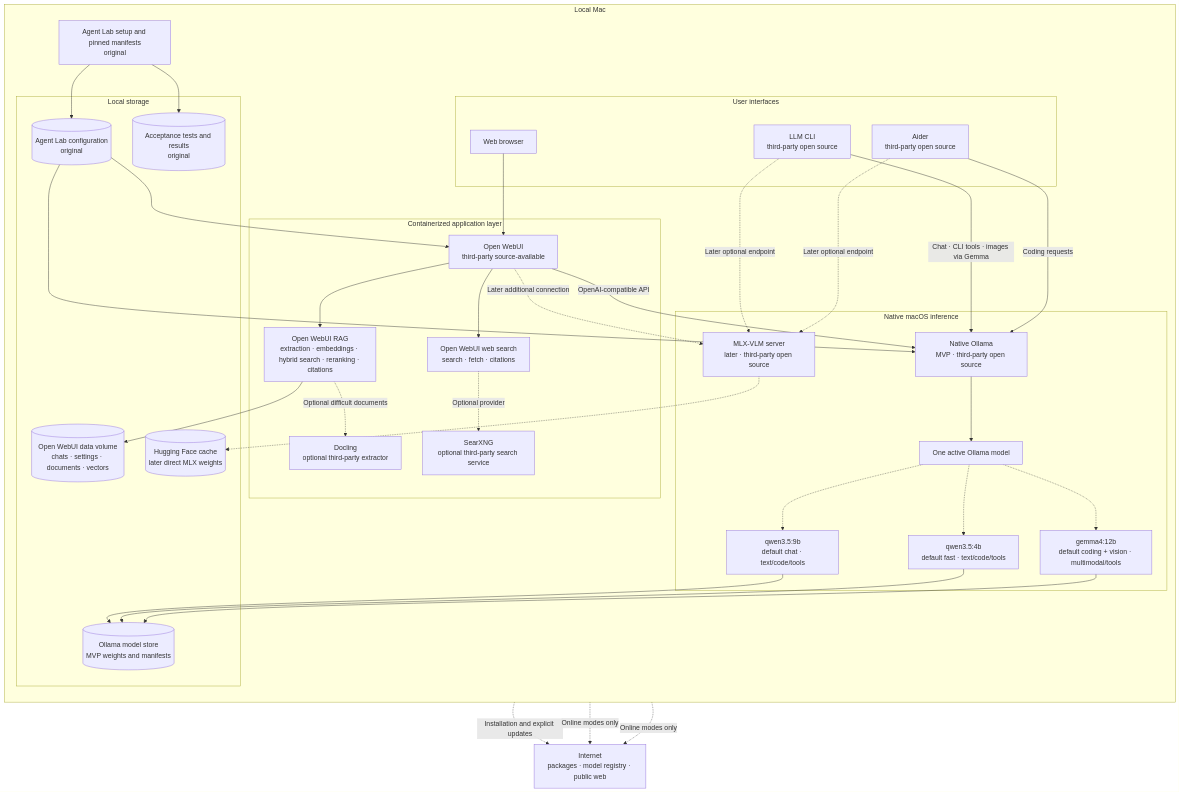
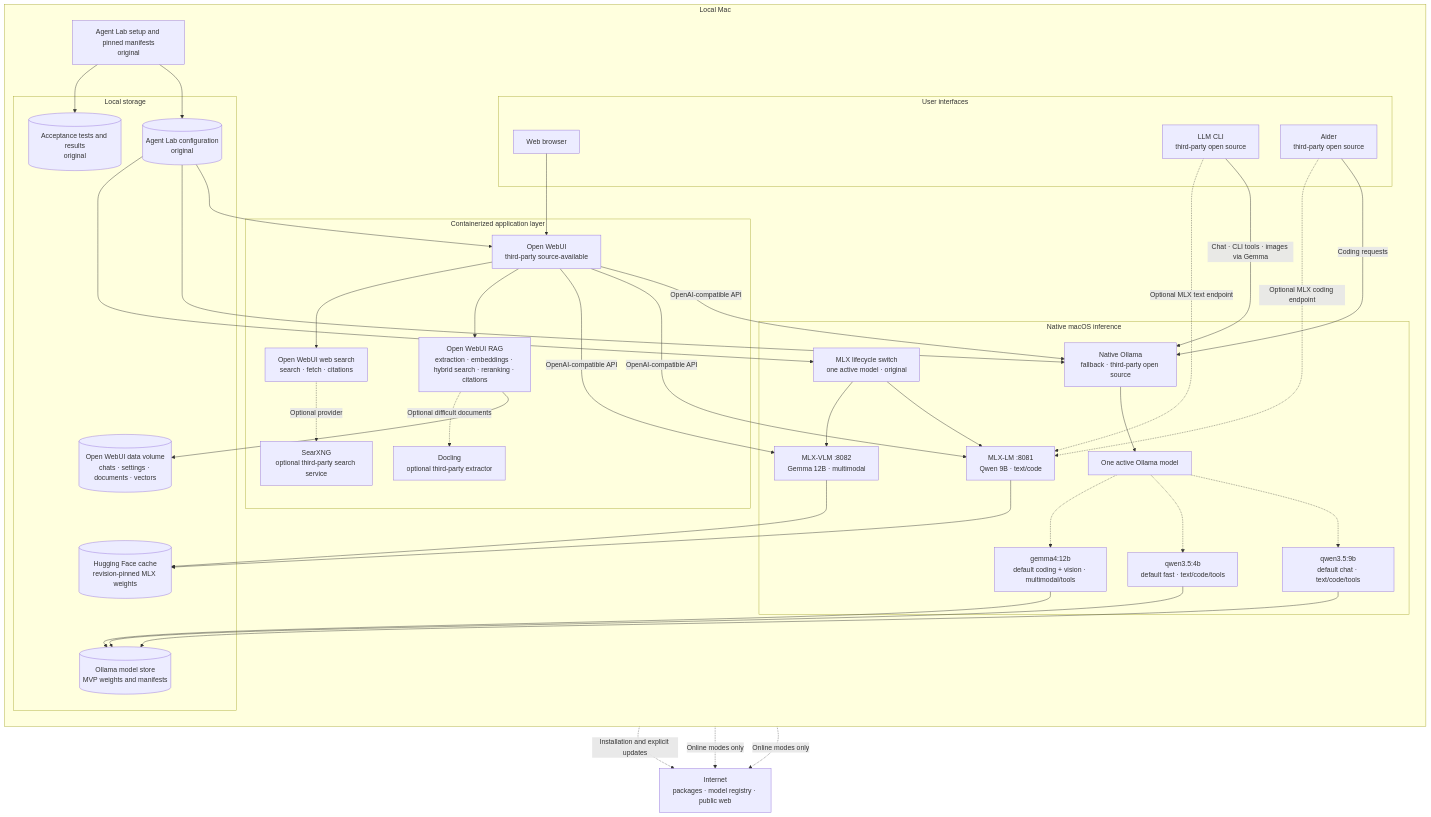
The diagram in docs/design.md (likefudan/agent-lab), drawn with Mermaid before and after one commit. The commit also changed other lines of this file and 28 other files, not shown here.

Commit message:
Add native MLX inference backends

````diff
--- a/docs/design.md
+++ b/docs/design.md
@@ -144,74 +148,80 @@
 ```mermaid
 flowchart TB
     Setup["Agent Lab setup and pinned manifests<br/>original"]
 
     subgraph Mac["Local Mac"]
         direction TB
 
         subgraph Interfaces["User interfaces"]
             Browser["Web browser"]
             LLMCLI["LLM CLI<br/>third-party open source"]
             Aider["Aider<br/>third-party open source"]
         end
 
         subgraph WebLayer["Containerized application layer"]
             WebUI["Open WebUI<br/>third-party source-available"]
             RAG["Open WebUI RAG<br/>extraction · embeddings · hybrid search · reranking · citations"]
             Search["Open WebUI web search<br/>search · fetch · citations"]
             Docling["Docling<br/>optional third-party extractor"]
             SearXNG["SearXNG<br/>optional third-party search service"]
         end
 
         subgraph Native["Native macOS inference"]
-            Ollama["Native Ollama<br/>MVP · third-party open source"]
+            Ollama["Native Ollama<br/>fallback · third-party open source"]
             Active["One active Ollama model"]
             Qwen9["qwen3.5:9b<br/>default chat · text/code/tools"]
             Qwen4["qwen3.5:4b<br/>default fast · text/code/tools"]
             Gemma["gemma4:12b<br/>default coding + vision · multimodal/tools"]
-
-            MLXVLM["MLX-VLM server<br/>later · third-party open source"]
+            MLXSwitch["MLX lifecycle switch<br/>one active model · original"]
+            MLXLM["MLX-LM :8081<br/>Qwen 9B · text/code"]
+            MLXVLM["MLX-VLM :8082<br/>Gemma 12B · multimodal"]
         end
 
         subgraph Storage["Local storage"]
             WebData[("Open WebUI data volume<br/>chats · settings · documents · vectors")]
             OllamaStore[("Ollama model store<br/>MVP weights and manifests")]
-            HFCache[("Hugging Face cache<br/>later direct MLX weights")]
+            HFCache[("Hugging Face cache<br/>revision-pinned MLX weights")]
             Config[("Agent Lab configuration<br/>original")]
             Evals[("Acceptance tests and results<br/>original")]
         end
 
         Browser --> WebUI
         LLMCLI -->|"Chat · CLI tools · images via Gemma"| Ollama
         Aider -->|"Coding requests"| Ollama
         WebUI -->|"OpenAI-compatible API"| Ollama
+        WebUI -->|"OpenAI-compatible API"| MLXLM
+        WebUI -->|"OpenAI-compatible API"| MLXVLM
 
         WebUI --> RAG
         RAG --> WebData
         RAG -.->|"Optional difficult documents"| Docling
         WebUI --> Search
         Search -.->|"Optional provider"| SearXNG
 
         Ollama --> Active
         Active -.-> Qwen9
         Active -.-> Qwen4
         Active -.-> Gemma
         Qwen9 --> OllamaStore
         Qwen4 --> OllamaStore
         Gemma --> OllamaStore
 
-        WebUI -.->|"Later additional connection"| MLXVLM
-        LLMCLI -.->|"Later optional endpoint"| MLXVLM
-        Aider -.->|"Later optional endpoint"| MLXVLM
-        MLXVLM -.-> HFCache
+        LLMCLI -.->|"Optional MLX text endpoint"| MLXLM
+        Aider -.->|"Optional MLX coding endpoint"| MLXLM
+        MLXSwitch --> MLXLM
+        MLXSwitch --> MLXVLM
+        MLXLM --> HFCache
+        MLXVLM --> HFCache
 
         Setup --> Config
         Config --> WebUI
         Config --> Ollama
+        Config --> MLXSwitch
         Setup --> Evals
     end
 
     Internet["Internet<br/>packages · model registry · public web"]
     Setup -.->|"Installation and explicit updates"| Internet
     Search -.->|"Online modes only"| Internet
     SearXNG -.->|"Online modes only"| Internet
 ```
````
